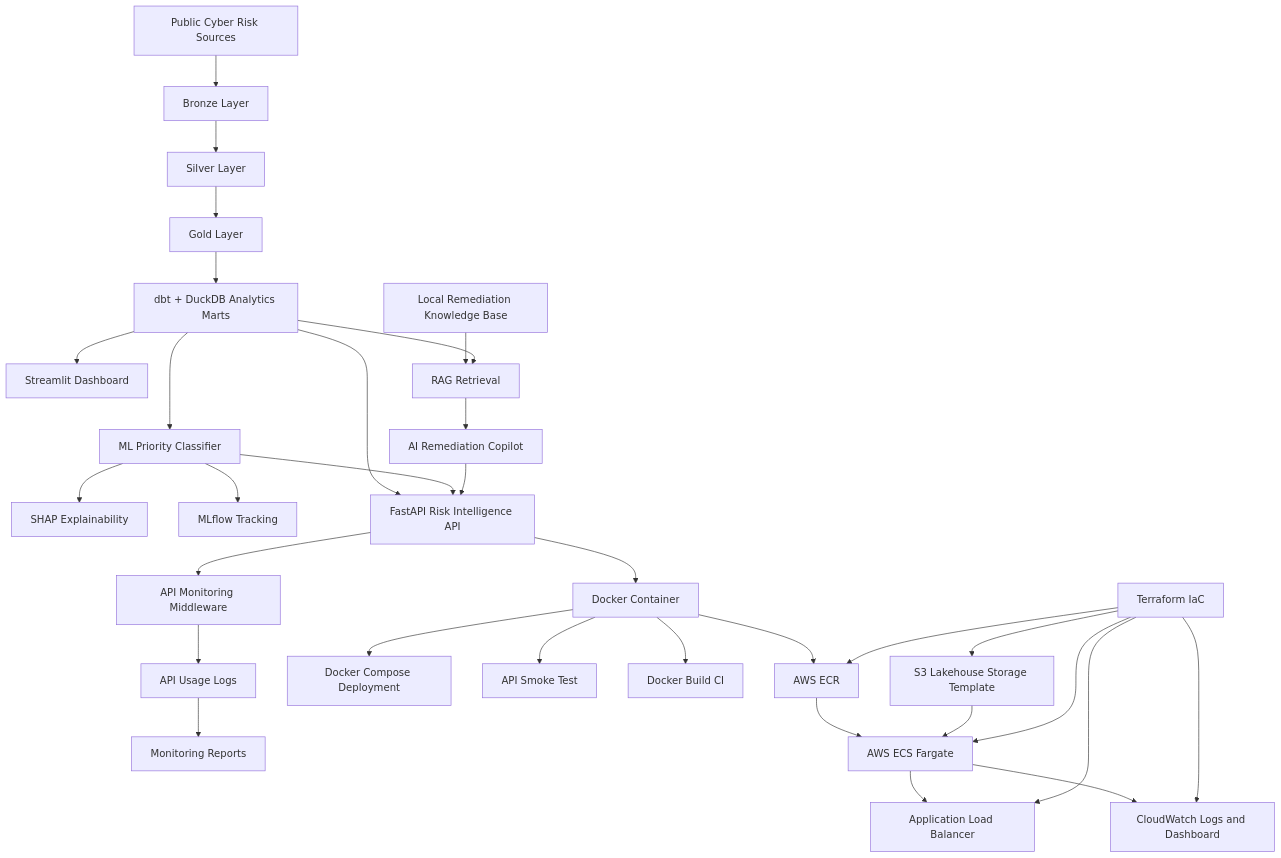
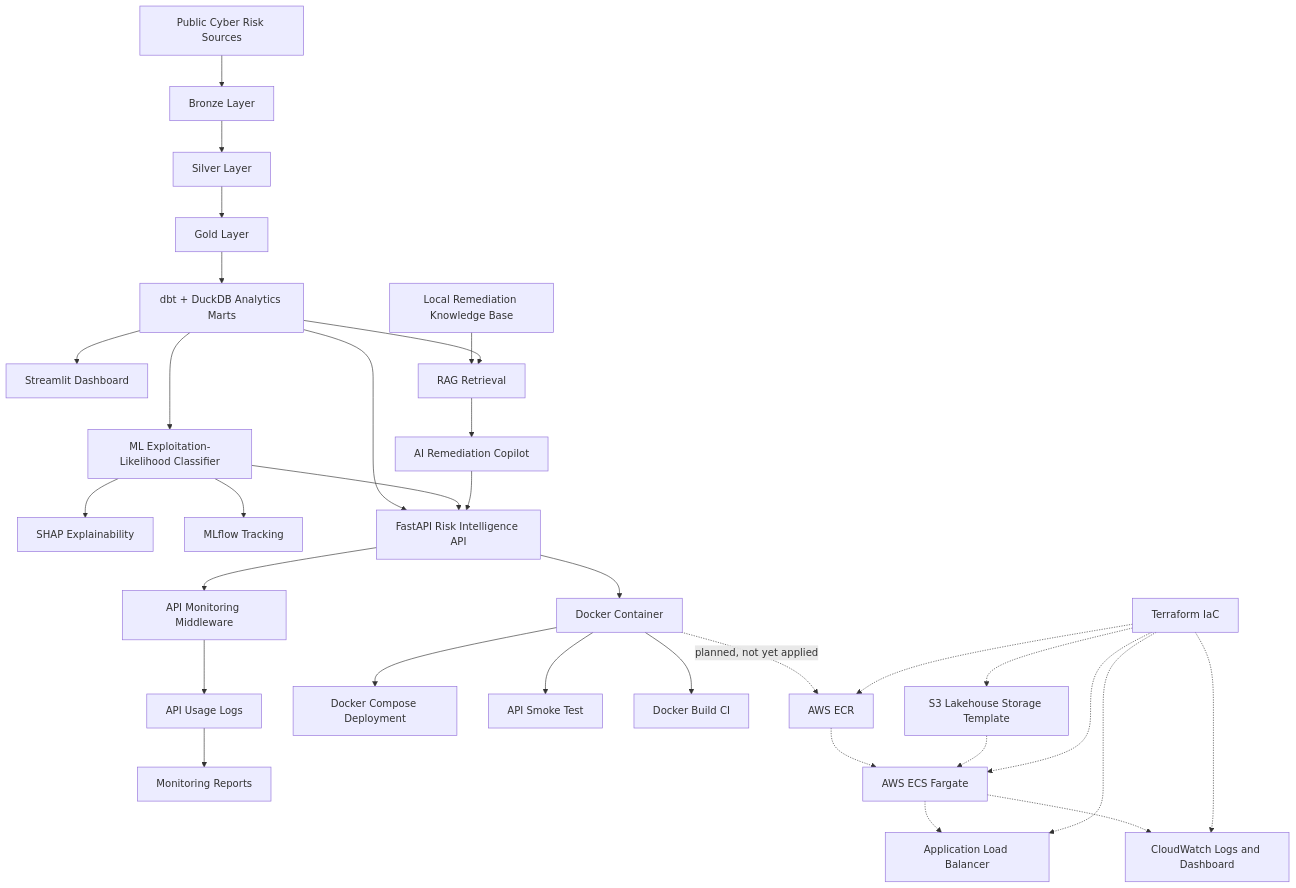
The diagram in README.md (momo840505/cyber-risk-intelligence-lakehouse), drawn with Mermaid before and after one commit. The commit also changed other lines of this file, not shown here.

Commit message:
Fix stale classifier name and mark unapplied AWS deployment as planned in architecture diagram

````diff
--- a/README.md
+++ b/README.md
@@ -52,40 +52,40 @@
 ```mermaid
 flowchart TD
     A[Public Cyber Risk Sources] --> B[Bronze Layer]
     B --> C[Silver Layer]
     C --> D[Gold Layer]
 
     D --> E[dbt + DuckDB Analytics Marts]
     E --> F[Streamlit Dashboard]
-    E --> G[ML Priority Classifier]
+    E --> G[ML Exploitation-Likelihood Classifier]
     G --> H[SHAP Explainability]
     G --> I[MLflow Tracking]
 
     E --> J[FastAPI Risk Intelligence API]
     G --> J
 
     K[Local Remediation Knowledge Base] --> L[RAG Retrieval]
     E --> L
     L --> M[AI Remediation Copilot]
     M --> J
 
     J --> N[API Monitoring Middleware]
     N --> O[API Usage Logs]
     O --> P[Monitoring Reports]
 
     J --> Q[Docker Container]
     Q --> R[Docker Compose Deployment]
     Q --> S[API Smoke Test]
     Q --> T[Docker Build CI]
 
-    Q --> U[AWS ECR]
-    U --> V[AWS ECS Fargate]
-    V --> W[Application Load Balancer]
-    V --> X[CloudWatch Logs and Dashboard]
-    Y[S3 Lakehouse Storage Template] --> V
-    Z[Terraform IaC] --> U
-    Z --> V
-    Z --> W
-    Z --> X
-    Z --> Y
+    Q -.->|planned, not yet applied| U[AWS ECR]
+    U -.-> V[AWS ECS Fargate]
+    V -.-> W[Application Load Balancer]
+    V -.-> X[CloudWatch Logs and Dashboard]
+    Y[S3 Lakehouse Storage Template] -.-> V
+    Z[Terraform IaC] -.-> U
+    Z -.-> V
+    Z -.-> W
+    Z -.-> X
+    Z -.-> Y
 ```
````
